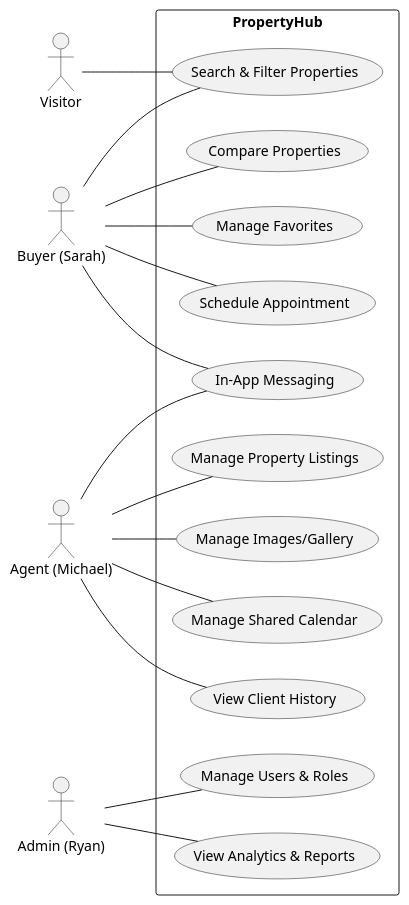
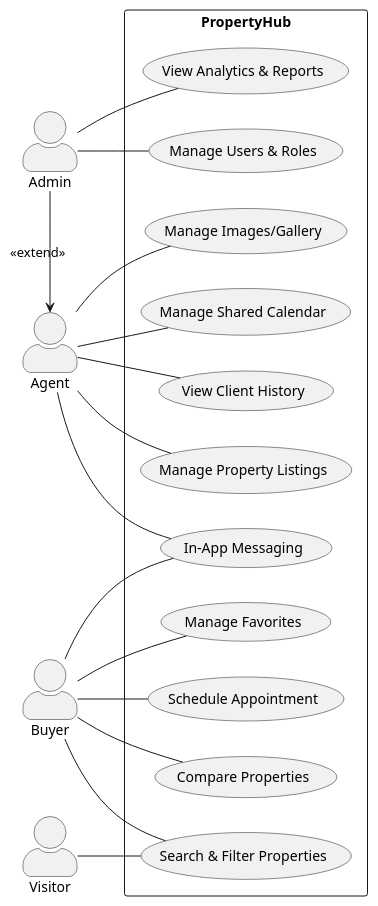
The diagram in UseCase/global_UseCase.puml (AZIZ-Soufiane/PropertyHub-PFE), drawn with PlantUML before and after one commit. The commit also changed 1 other file, not shown here.

```diff
--- a/UseCase/global_UseCase.puml
+++ b/UseCase/global_UseCase.puml
@@ -1,42 +1,46 @@
 @startuml
 left to right direction
 skinparam packageStyle rectangle
 skinparam shadowing false
+skinparam actorStyle awesome
 
-actor "Visitor" as Vis
-actor "Buyer (Sarah)" as Client
-actor "Agent (Michael)" as Agent
-actor "Admin (Ryan)" as Admin
+actor "Visitor"          as Vis
+actor "Buyer"            as Client
+actor "Agent"            as Agent
+actor "Admin"            as Admin
 
-rectangle PropertyHub {
-    (Search & Filter Properties) as UC1
-    (Compare Properties) as UC2
-    (Manage Favorites) as UC3
-    (Schedule Appointment) as UC4
-    (In-App Messaging) as UC5
-    
-    (Manage Property Listings) as UC6
-    (Manage Images/Gallery) as UC7
-    (Manage Shared Calendar) as UC8
-    (View Client History) as UC9
-    
-    (Manage Users & Roles) as UC10
-    (View Analytics & Reports) as UC11
+rectangle "PropertyHub" {
+
+    (Search & Filter Properties)    as UC1
+    (Compare Properties)            as UC2
+    (Manage Favorites)              as UC3
+    (Schedule Appointment)          as UC4
+    (In-App Messaging)              as UC5
+    (Manage Property Listings)      as UC6
+    (Manage Images/Gallery)         as UC7
+    (Manage Shared Calendar)        as UC8
+    (View Client History)           as UC9
+    (Manage Users & Roles)          as UC10
+    (View Analytics & Reports)      as UC11
 }
 
-Vis -- UC1
+Vis    -- UC1
 Client -- UC1
 Client -- UC2
 Client -- UC3
 Client -- UC4
 Client -- UC5
 
-Agent -- UC6
-Agent -- UC7
-Agent -- UC8
-Agent -- UC9
-Agent -- UC5
+Agent  -- UC5
+Agent  -- UC6
+Agent  -- UC7
+Agent  -- UC8
+Agent  -- UC9
 
-Admin -- UC10
-Admin -- UC11
+Admin  -- UC10
+Admin  -- UC11
+
+' Admin inherits/extends all Agent permissions
+Admin -right-> Agent : <<extend>>
+
 @enduml
```
